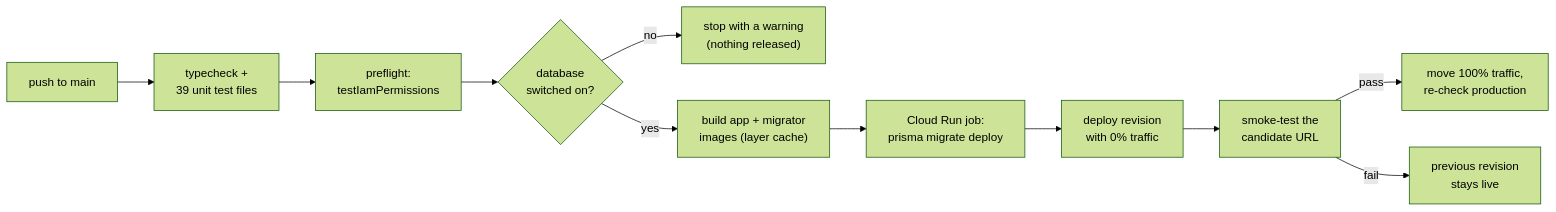
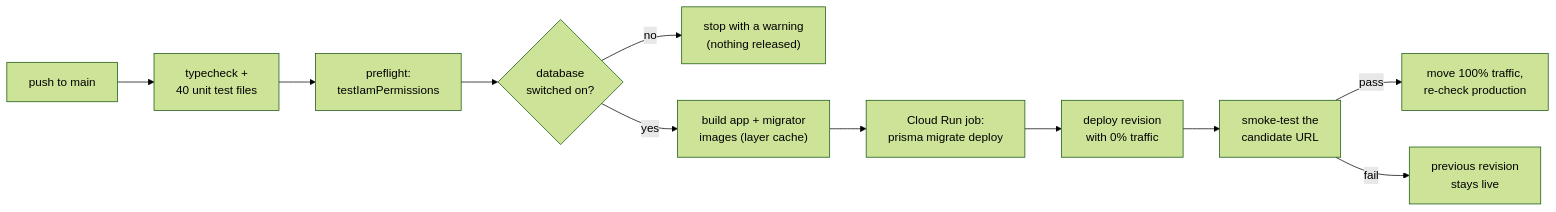
One commit to baldan555/gatherinsight-platform changed the second of 2 diagrams in README.md. Above: the diagram before and after it, drawn with Mermaid (forest theme). The commit also changed 1 other file, not shown here.

Commit message:
Mirror: question insights tests added to the app's unit tests

````diff
--- a/README.md
+++ b/README.md
@@ -64,13 +64,13 @@
 ```mermaid
 flowchart LR
-  push["push to main"] --> verify["typecheck +<br/>39 unit test files"]
+  push["push to main"] --> verify["typecheck +<br/>40 unit test files"]
   verify --> pre["preflight:<br/>testIamPermissions"]
   pre --> db{"database<br/>switched on?"}
   db -->|no| skip["stop with a warning<br/>(nothing released)"]
   db -->|yes| build["build app + migrator<br/>images (layer cache)"]
   build --> mig["Cloud Run job:<br/>prisma migrate deploy"]
   mig --> cand["deploy revision<br/>with 0% traffic"]
   cand --> smoke["smoke-test the<br/>candidate URL"]
   smoke -->|pass| promote["move 100% traffic,<br/>re-check production"]
   smoke -->|fail| keep["previous revision<br/>stays live"]
 ```
````
